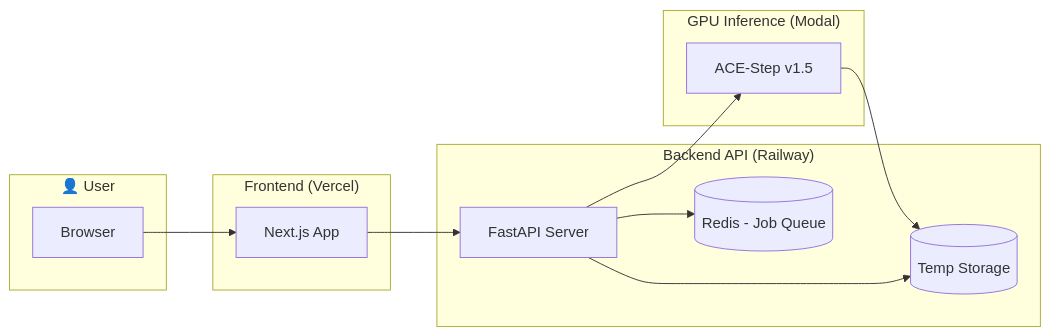
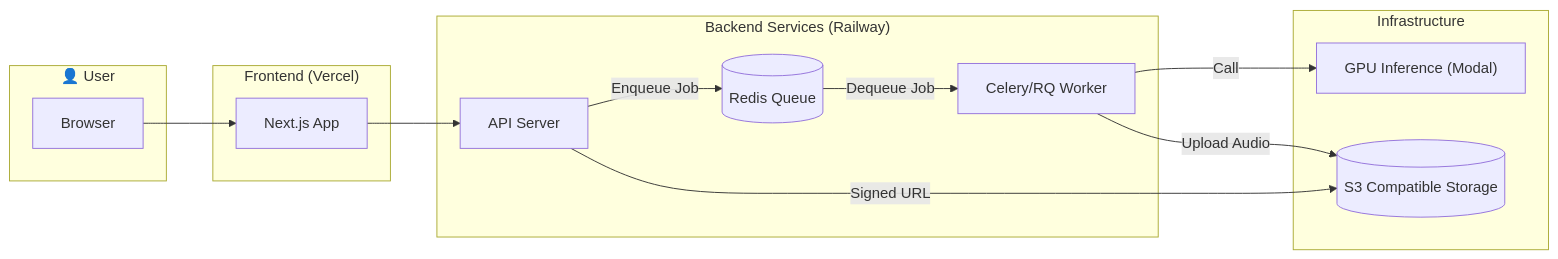
The diagram in README.md (dwest1507/ai-music-gen), drawn with Mermaid before and after one commit. The commit also changed other lines of this file and 8 other files, not shown here.

````diff
--- a/README.md
+++ b/README.md
@@ -7,27 +7,29 @@
 ```mermaid
 flowchart LR
     subgraph User["👤 User"]
         Browser[Browser]
     end
     
     subgraph Frontend["Frontend (Vercel)"]
         NextJS[Next.js App]
     end
     
-    subgraph Backend["Backend API (Railway)"]
-        FastAPI[FastAPI Server]
-        Redis[(Redis - Job Queue)]
-        Storage[(Temp Storage)]
+    subgraph Backend["Backend Services (Railway)"]
+        FastAPI[API Server]
+        Worker[Celery/RQ Worker]
+        Redis[(Redis Queue)]
     end
     
-    subgraph GPU["GPU Inference (Modal)"]
-        ACEStep[ACE-Step v1.5]
+    subgraph Infrastructure
+        ObjectStorage[(S3 Compatible Storage)]
+        GPU["GPU Inference (Modal)"]
     end
     
     Browser --> NextJS
     NextJS --> FastAPI
-    FastAPI --> Redis
-    FastAPI --> ACEStep
-    ACEStep --> Storage
-    FastAPI --> Storage
+    FastAPI -- Enqueue Job --> Redis
+    Redis -- Dequeue Job --> Worker
+    Worker -- Call --> GPU
+    Worker -- Upload Audio --> ObjectStorage
+    FastAPI -- Signed URL --> ObjectStorage
 ```
````
